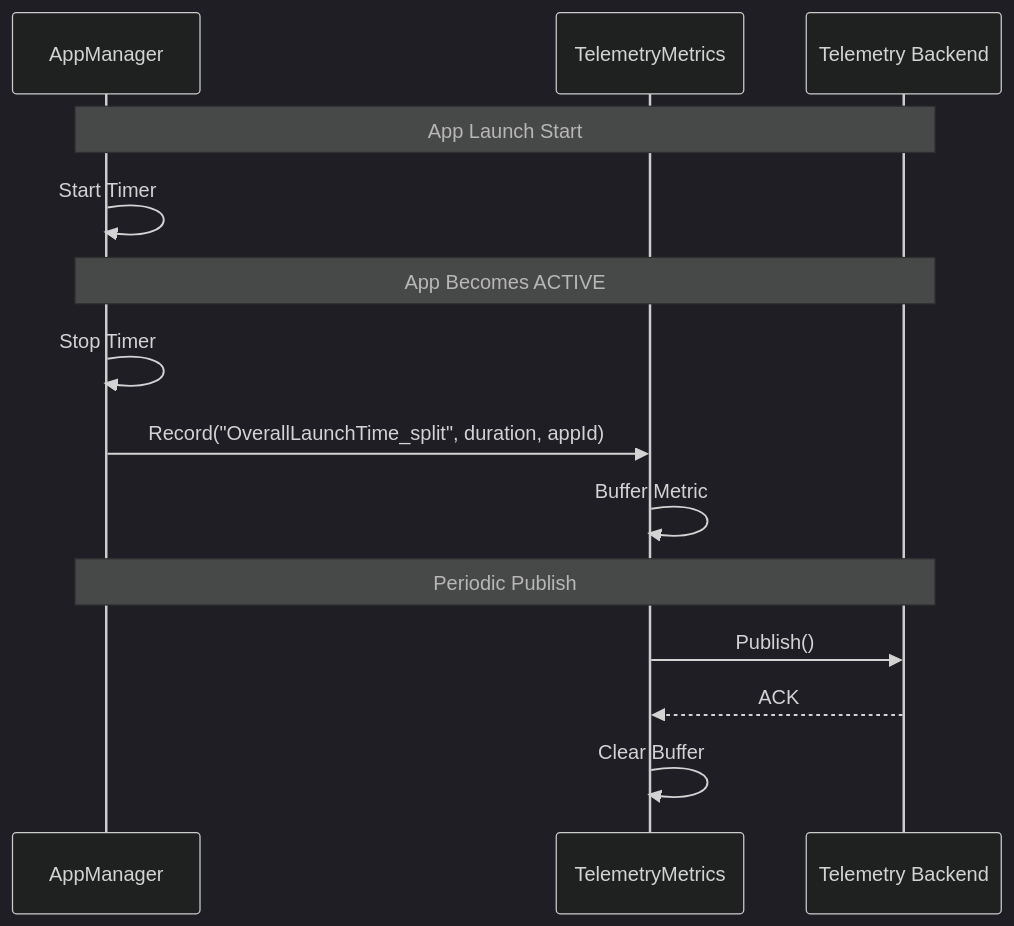
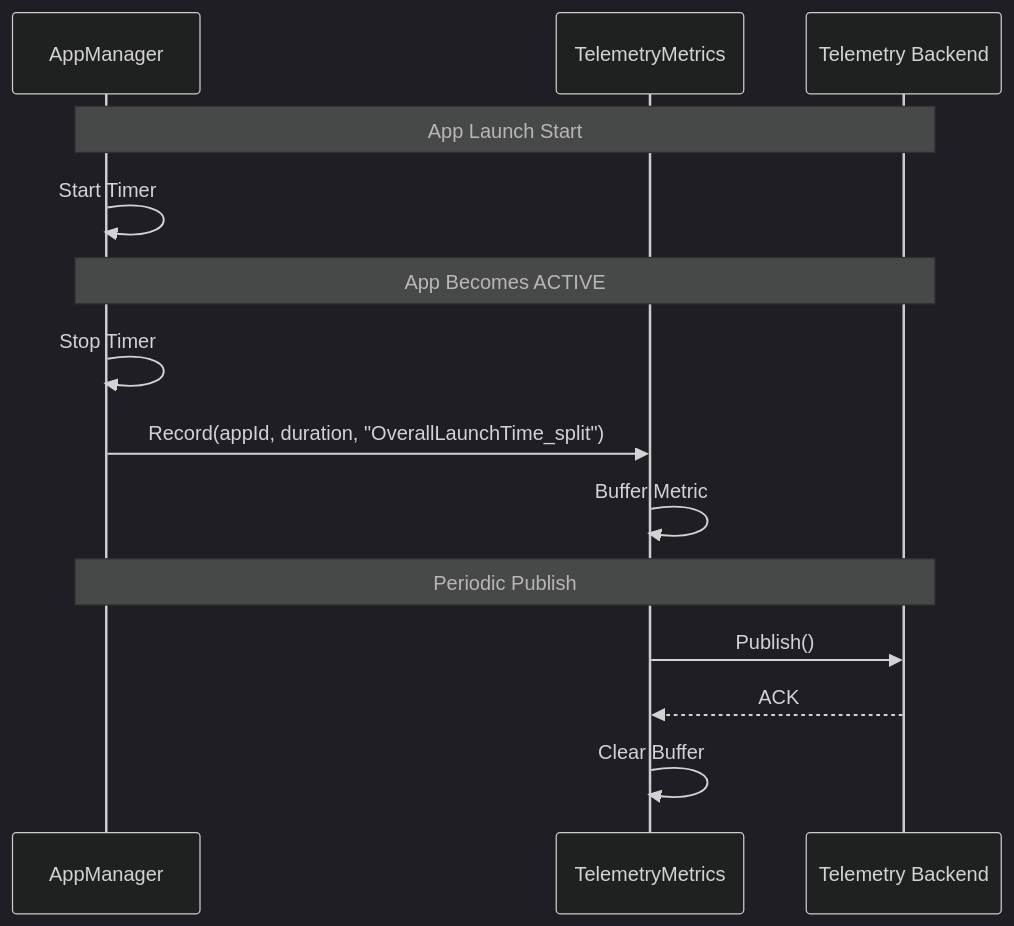
The third of 4 diagrams in TelemetryMetrics/TelemetryMetrics.md (rdkcentral/entservices-appmanagers), drawn with Mermaid (dark theme) before and after one commit.

Commit message:
Potential fix for pull request finding

````diff
--- a/TelemetryMetrics/TelemetryMetrics.md
+++ b/TelemetryMetrics/TelemetryMetrics.md
@@ -144,19 +144,19 @@
 ```mermaid
 sequenceDiagram
     participant App as AppManager
     participant TM as TelemetryMetrics
     participant Backend as Telemetry Backend
 
     Note over App,Backend: App Launch Start
     App->>App: Start Timer
 
     Note over App,Backend: App Becomes ACTIVE
     App->>App: Stop Timer
-    App->>TM: Record("OverallLaunchTime_split", duration, appId)
+    App->>TM: Record(appId, duration, "OverallLaunchTime_split")
     TM->>TM: Buffer Metric
 
     Note over App,Backend: Periodic Publish
     TM->>Backend: Publish()
     Backend-->>TM: ACK
     TM->>TM: Clear Buffer
 ```
````
